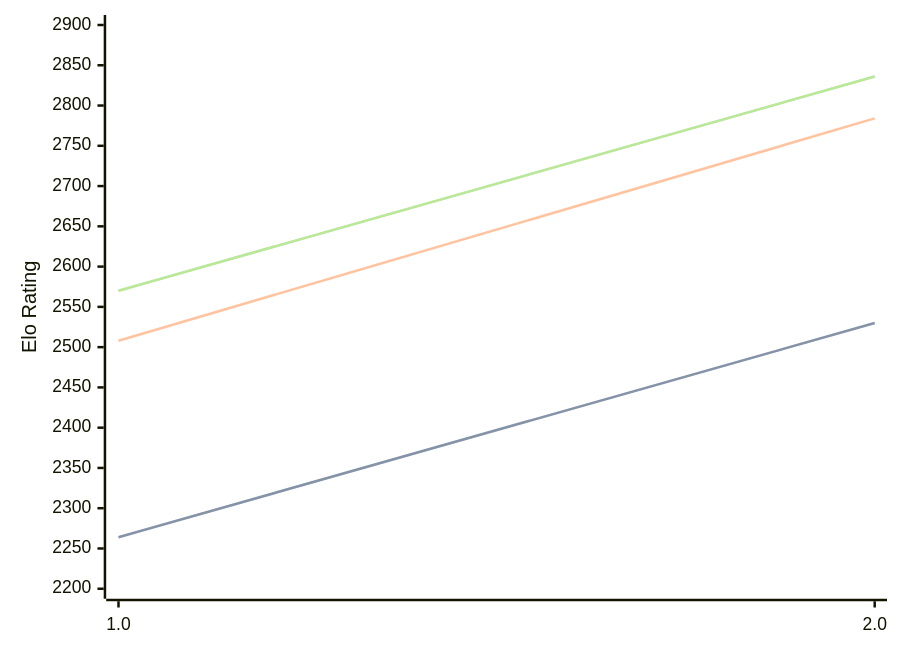
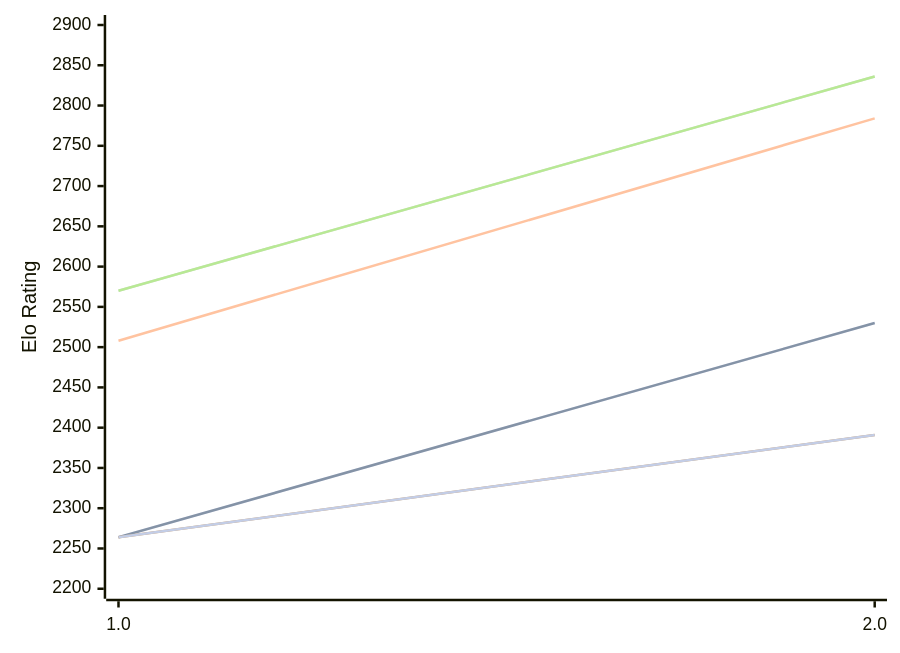
One commit to computer-chess-index/cci changed the diagram in engines/Revolver.md. Above: the diagram before and after it, drawn with Mermaid. The commit also changed other lines of this file, not shown here.

Commit message:
Update CCI Ratings (ELO VLTC) - 2026-10-11

````diff
--- a/engines/Revolver.md
+++ b/engines/Revolver.md
@@ -48,16 +48,13 @@
 ```mermaid
 %%{init: {"theme":"base","themeVariables":{"seriesColors:['#a3a3a3','#222221','#faa371']}}}%%
 xychart-beta
   x-axis ["1.0", "2.0"]
   y-axis "Elo Rating" 2200 --> 2900
   line "" [2264, 2530]
   line "T1: STC (8.0+0.08s)" [2264, 2530]
   line "T1: LTC (60.0+0.60s)" [2508, 2784]
   line "" [2570, 2836]
   line "T1: VLTC (2m24s+1.12s)" [2570, 2836]
-  line "" [2380]
-  line "E1: STC (8.0+0.08s)" [2380]
-  line "E1: LTC (60.0+0.60s)" [2701]
-  line "" [2777]
-  line "E1: VLTC (2m24s+1.12s)" [2777]
+  line "" [2264,2391]
+  line "E1: STC (8.0+0.08s)" [2264,2391]
 ```
````
